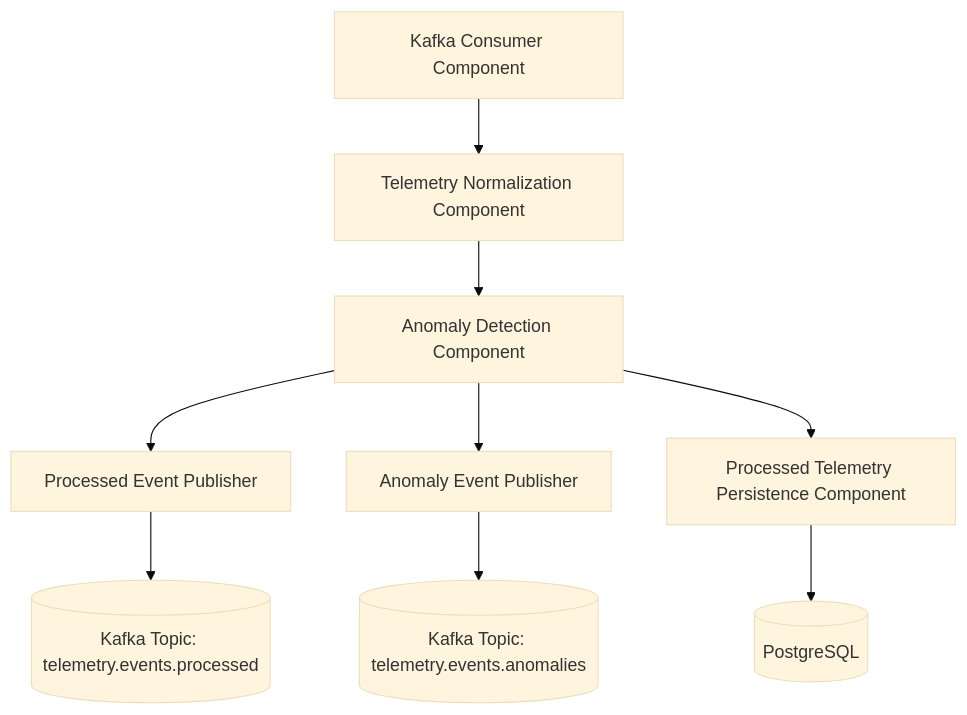
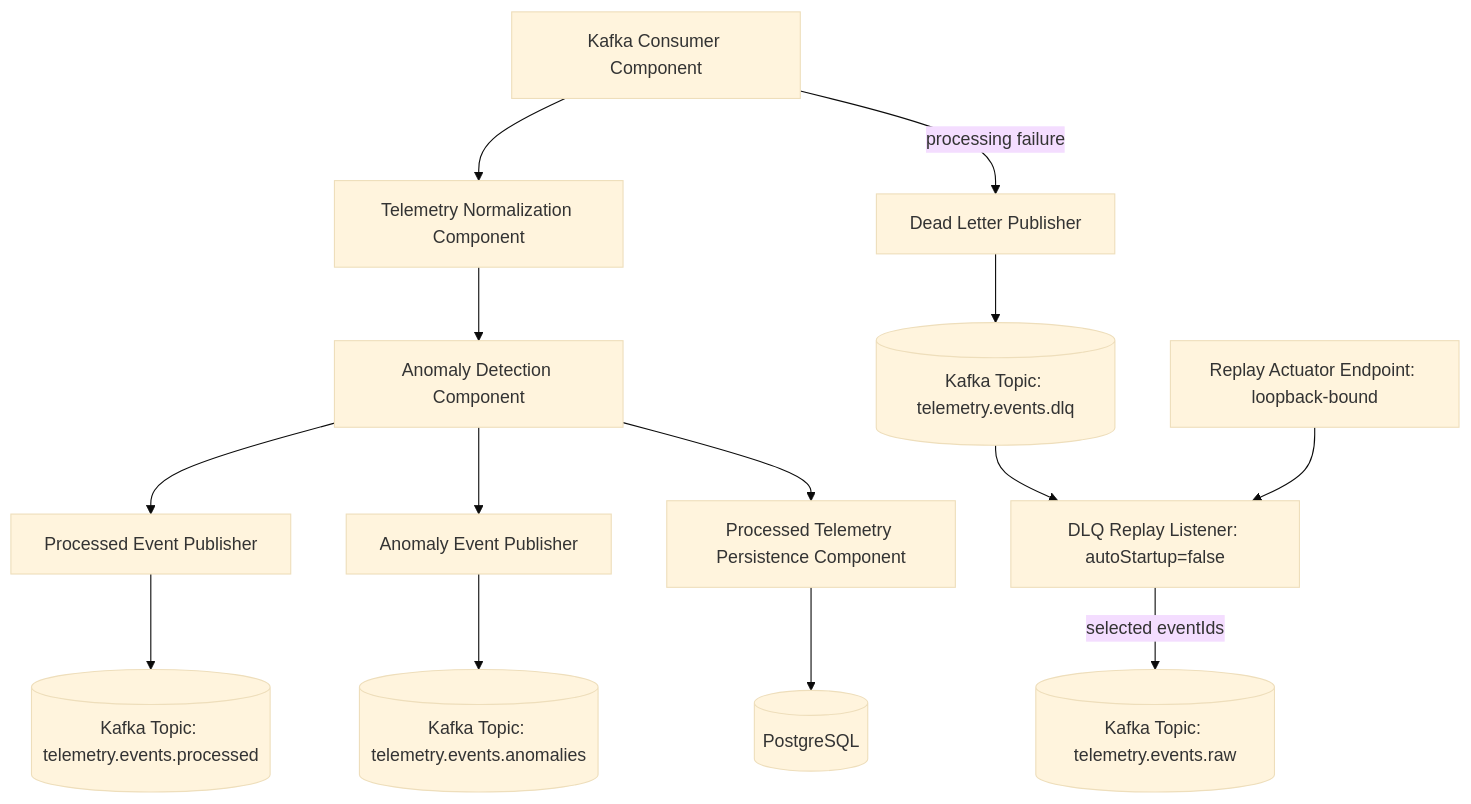
The fourth of 4 diagrams in docs/architecture/c4-model.md (ME-Massine/pulsestream), drawn with Mermaid (base theme) before and after one commit. The commit also changed other lines of this file and 15 other files, not shown here.

First line of the commit message:
docs: synchronize project state, roadmap, and diagrams (#261)

````diff
--- a/docs/architecture/c4-model.md
+++ b/docs/architecture/c4-model.md
@@ -151,12 +155,18 @@
 ```mermaid
 flowchart TB
     A[Kafka Consumer Component] --> B[Telemetry Normalization Component]
     B --> C[Anomaly Detection Component]
     C --> D[Processed Event Publisher]
     C --> E[Anomaly Event Publisher]
     C --> F[Processed Telemetry Persistence Component]
 
+    A -->|processing failure| K[Dead Letter Publisher]
+    K --> L[(Kafka Topic: telemetry.events.dlq)]
+    L --> M[DLQ Replay Listener: autoStartup=false]
+    N[Replay Actuator Endpoint: loopback-bound] --> M
+    M -->|selected eventIds| J[(Kafka Topic: telemetry.events.raw)]
+
     D --> G[(Kafka Topic: telemetry.events.processed)]
     E --> H[(Kafka Topic: telemetry.events.anomalies)]
     F --> I[(PostgreSQL)]
 ```
````
